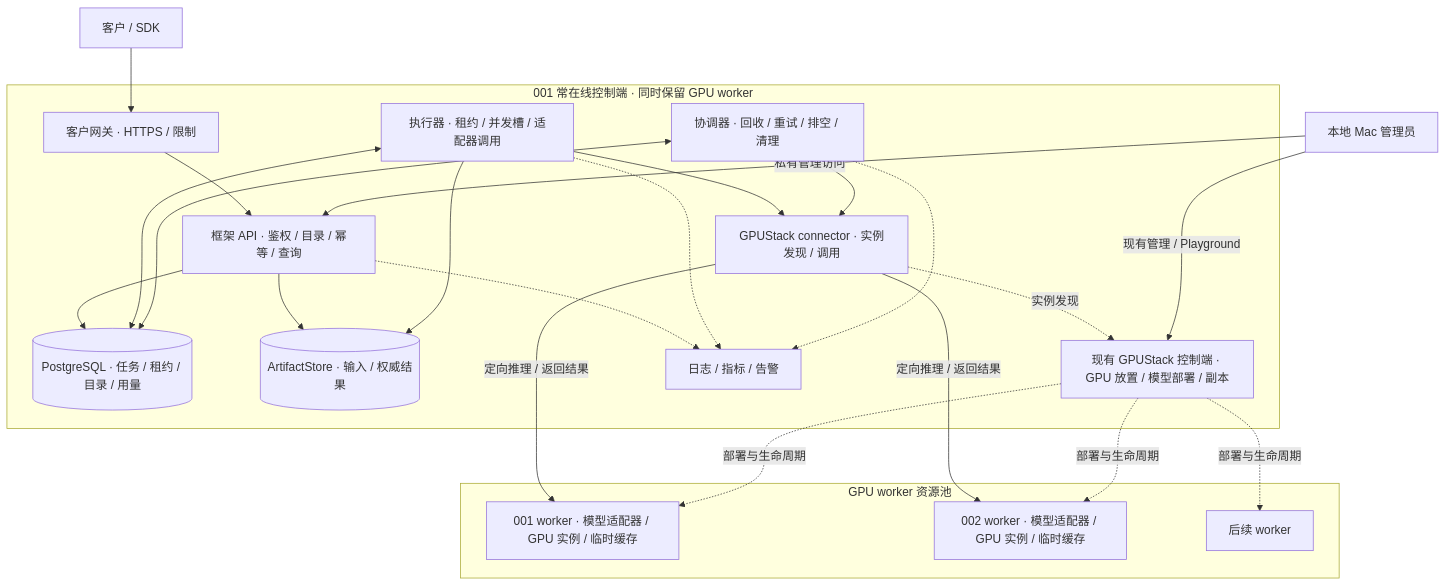
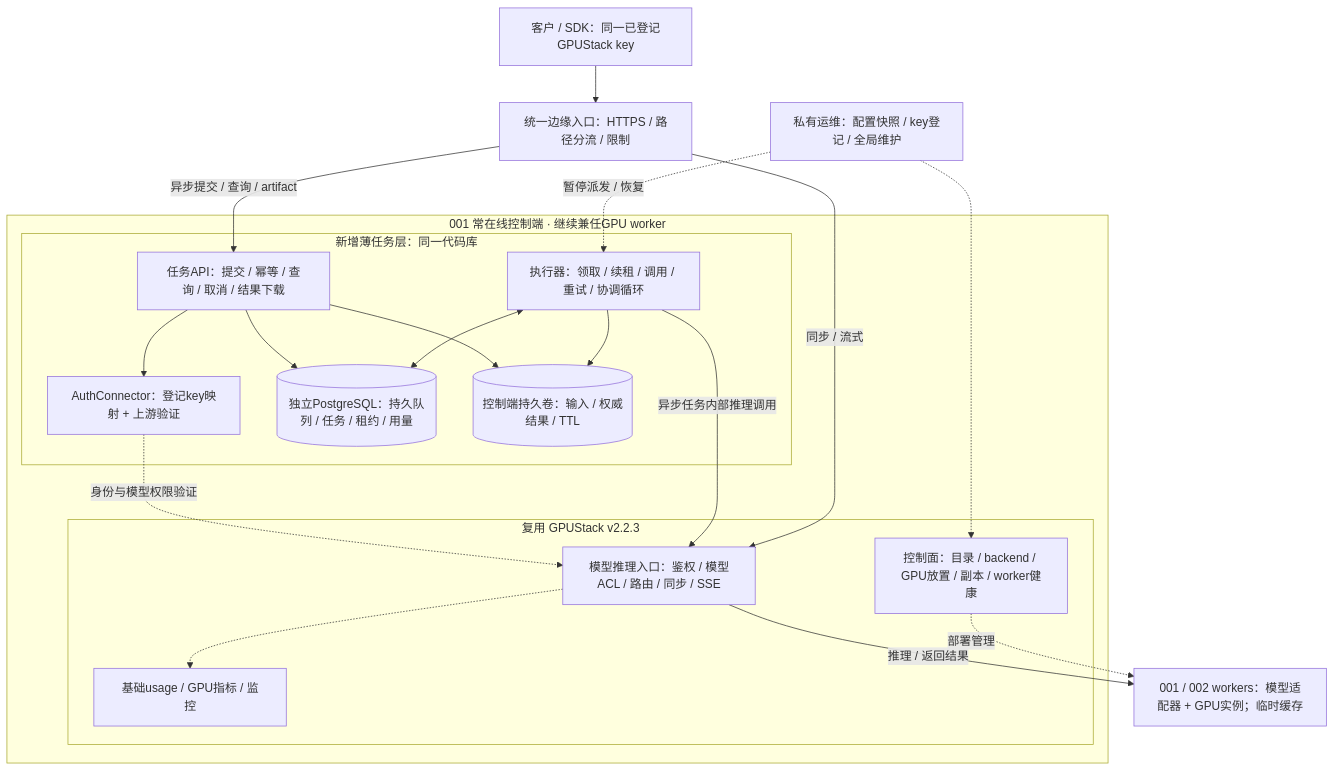
The diagram in docs/framework/ARCHITECTURE.mmd (WTaoGitHub/cybercafe-maas), drawn with Mermaid before and after one commit. The commit also changed 16 other files, not shown here.

Commit message:
docs: finalize GPUStack 2.2.3 task-layer design and roadmap

```diff
--- a/docs/framework/ARCHITECTURE.mmd
+++ b/docs/framework/ARCHITECTURE.mmd
@@ -1,38 +1,34 @@
 flowchart TB
-    client[客户 / SDK]
-    admin[本地 Mac 管理员]
-    subgraph control[001 常在线控制端 · 同时保留 GPU worker]
-        gateway[客户网关 · HTTPS / 限制]
-        api[框架 API · 鉴权 / 目录 / 幂等 / 查询]
-        executor[执行器 · 租约 / 并发槽 / 适配器调用]
-        coordinator[协调器 · 回收 / 重试 / 排空 / 清理]
-        connector[GPUStack connector · 实例发现 / 调用]
-        db[(PostgreSQL · 任务 / 租约 / 目录 / 用量)]
-        store[(ArtifactStore · 输入 / 权威结果)]
-        gs[现有 GPUStack 控制端 · GPU 放置 / 模型部署 / 副本]
-        observe[日志 / 指标 / 告警]
+  Client[客户 / SDK：同一已登记GPUStack key]
+  Edge[统一边缘入口：HTTPS / 路径分流 / 限制]
+  Client --> Edge
+  subgraph Control[001 常在线控制端 · 继续兼任GPU worker]
+    subgraph Thin[新增薄任务层：同一代码库]
+      API[任务API：提交 / 幂等 / 查询 / 取消 / 结果下载]
+      Auth[AuthConnector：登记key映射 + 上游验证]
+      DB[(独立PostgreSQL：持久队列 / 任务 / 租约 / 用量)]
+      Exec[执行器：领取 / 续租 / 调用 / 重试 / 协调循环]
+      Store[(控制端持久卷：输入 / 权威结果 / TTL)]
+      API --> Auth
+      API --> DB
+      API --> Store
+      Exec <--> DB
+      Exec --> Store
     end
-    subgraph pool[GPU worker 资源池]
-        w1[001 worker · 模型适配器 / GPU 实例 / 临时缓存]
-        w2[002 worker · 模型适配器 / GPU 实例 / 临时缓存]
-        more[后续 worker]
+    subgraph GS[复用 GPUStack v2.2.3]
+      Entry[模型推理入口：鉴权 / 模型ACL / 路由 / 同步 / SSE]
+      Deploy[控制面：目录 / backend / GPU放置 / 副本 / worker健康]
+      Usage[基础usage / GPU指标 / 监控]
     end
-    client --> gateway --> api
-    api --> db
-    api --> store
-    executor <--> db
-    executor --> connector
-    executor --> store
-    coordinator <--> db
-    coordinator --> connector
-    connector -.实例发现.-> gs
-    connector -->|定向推理 / 返回结果| w1
-    connector -->|定向推理 / 返回结果| w2
-    gs -.部署与生命周期.-> w1
-    gs -.部署与生命周期.-> w2
-    gs -.部署与生命周期.-> more
-    admin -->|私有管理访问| api
-    admin -->|现有管理 / Playground| gs
-    api -.-> observe
-    executor -.-> observe
-    coordinator -.-> observe
+    Auth -.身份与模型权限验证.-> Entry
+    Exec -->|异步任务内部推理调用| Entry
+    Entry -.-> Usage
+  end
+  Edge -->|同步 / 流式| Entry
+  Edge -->|异步提交 / 查询 / artifact| API
+  Workers[001 / 002 workers：模型适配器 + GPU实例；临时缓存]
+  Entry -->|推理 / 返回结果| Workers
+  Deploy -.部署管理.-> Workers
+  Ops[私有运维：配置快照 / key登记 / 全局维护]
+  Ops -.-> Deploy
+  Ops -.暂停派发 / 恢复.-> Exec
```
